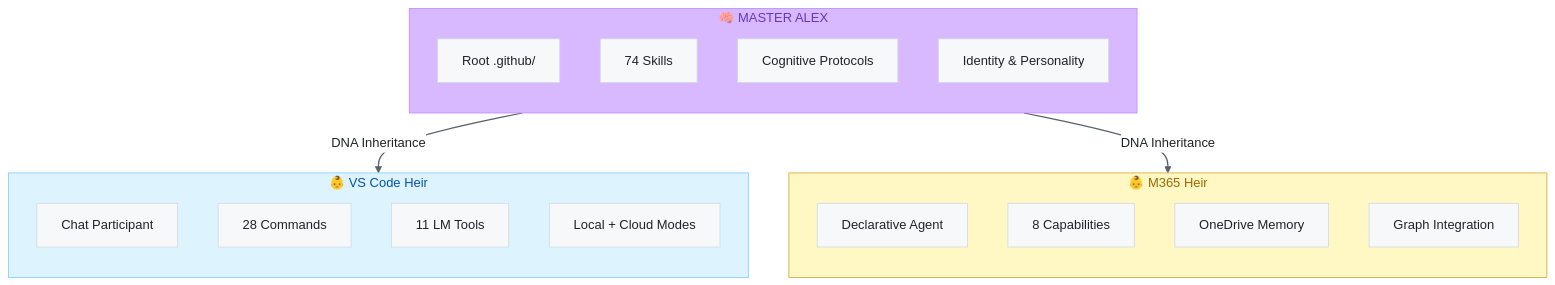
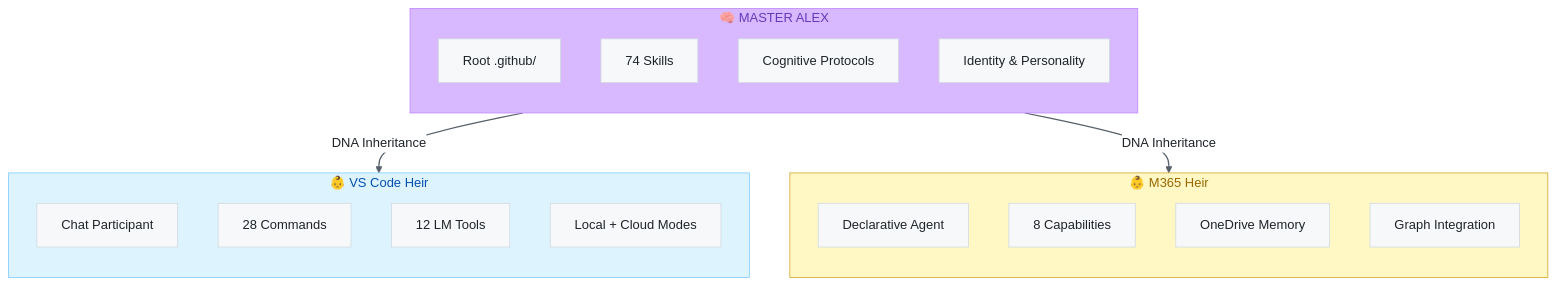
The third of 7 diagrams in ROADMAP-UNIFIED.md (fabioc-aloha/Alex_Plug_In), drawn with Mermaid before and after one commit. The commit also changed other lines of this file and 34 other files, not shown here.

````diff
--- a/ROADMAP-UNIFIED.md
+++ b/ROADMAP-UNIFIED.md
@@ -948,35 +962,35 @@
 ```mermaid
 %%{init: {'theme': 'base', 'themeVariables': { 'primaryColor': '#f6f8fa', 'primaryTextColor': '#1f2328', 'primaryBorderColor': '#d1d9e0', 'lineColor': '#656d76', 'secondaryColor': '#f6f8fa', 'tertiaryColor': '#ffffff', 'background': '#ffffff', 'mainBkg': '#f6f8fa', 'nodeBorder': '#d1d9e0', 'edgeLabelBackground': '#fff'}}}%%
 flowchart TB
     subgraph Master["🧠 MASTER ALEX"]
         direction TB
         M1["Root .github/"]
         M2["74 Skills"]
         M3["Cognitive Protocols"]
         M4["Identity & Personality"]
     end
 
     subgraph VSCode["👶 VS Code Heir"]
         direction TB
         V1["Chat Participant"]
         V2["28 Commands"]
-        V3["11 LM Tools"]
+        V3["12 LM Tools"]
         V4["Local + Cloud Modes"]
     end
 
     subgraph M365["👶 M365 Heir"]
         direction TB
         M365_1["Declarative Agent"]
         M365_2["8 Capabilities"]
         M365_3["OneDrive Memory"]
         M365_4["Graph Integration"]
     end
 
     Master -->|"DNA Inheritance"| VSCode
     Master -->|"DNA Inheritance"| M365
 
     style Master fill:#d8b9ff,color:#6639ba,stroke:#bf8aff
     style VSCode fill:#ddf4ff,color:#0550ae,stroke:#80ccff
     style M365 fill:#fff8c5,color:#9a6700,stroke:#d4a72c
     linkStyle default stroke:#57606a,stroke-width:1.5px
 ```
````
